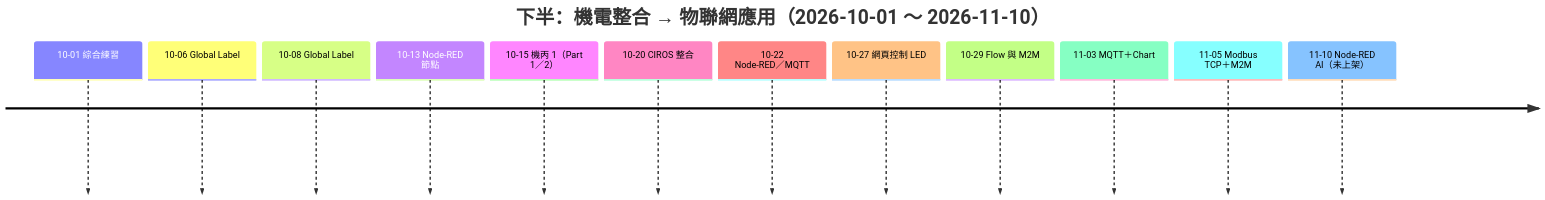
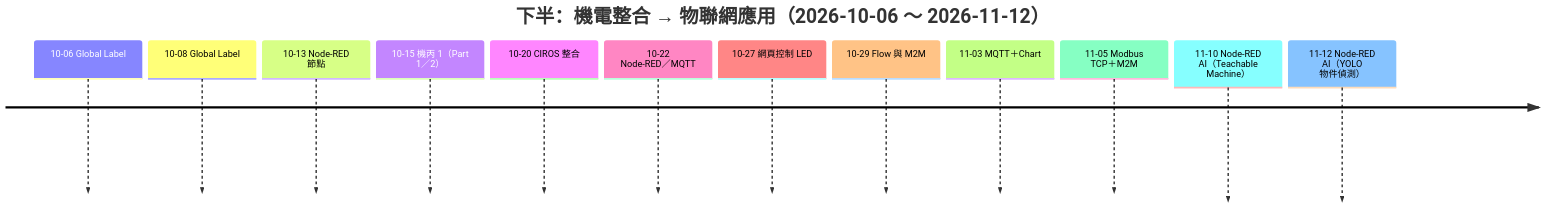
The fifth of 6 diagrams in README.md (yd7148/INDUSTRY-4.0), drawn with Mermaid before and after one commit. The commit also changed other lines of this file and 447 other files, not shown here.

````diff
--- a/README.md
+++ b/README.md
@@ -216,16 +222,16 @@
 ```mermaid
 timeline
-    title 下半：機電整合 → 物聯網應用（2026-10-01 ～ 2026-11-10）
-    10-01 綜合練習
+    title 下半：機電整合 → 物聯網應用（2026-10-06 ～ 2026-11-12）
     10-06 Global Label
     10-08 Global Label
     10-13 Node-RED 節點
     10-15 機丙 1（Part 1／2）
     10-20 CIROS 整合
     10-22 Node-RED／MQTT
     10-27 網頁控制 LED
     10-29 Flow 與 M2M
     11-03 MQTT＋Chart
     11-05 Modbus TCP＋M2M
-    11-10 Node-RED AI（未上架）
+    11-10 Node-RED AI（Teachable Machine）
+    11-12 Node-RED AI（YOLO 物件偵測）
 ```
````
